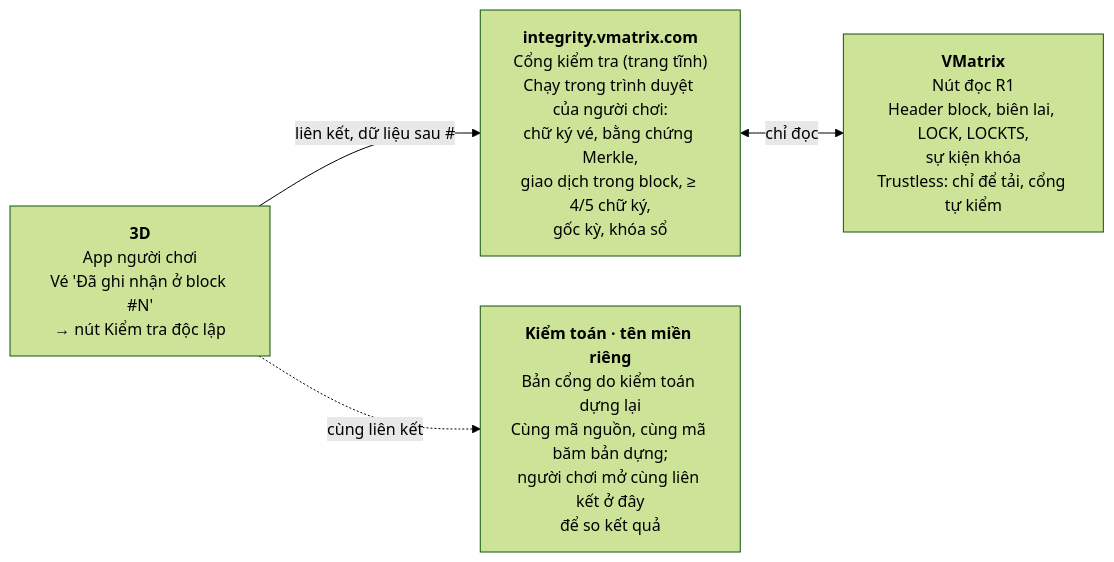
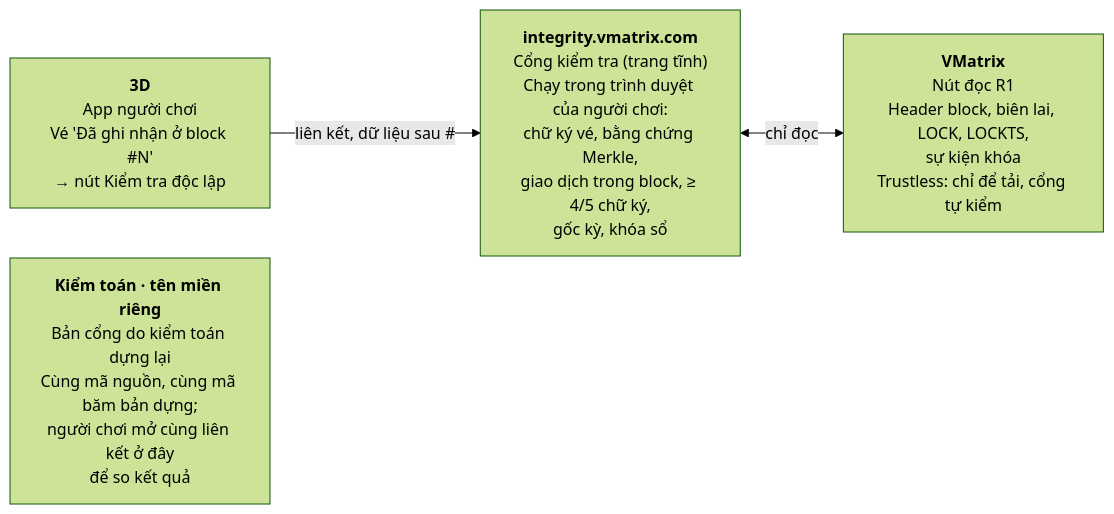
Before and after one commit to OneMatrixL1/tracing-public-docs: the first of 3 diagrams in integration/portal.md, drawn with Mermaid (forest theme).

Commit message:
update mermaid

````diff
--- a/integration/portal.md
+++ b/integration/portal.md
@@ -14,10 +14,9 @@
 ```mermaid
 flowchart LR
     A["<b>3D</b><br/>App người chơi<br/>Vé 'Đã ghi nhận ở block #N'<br/>→ nút Kiểm tra độc lập"]
     B["<b>integrity.vmatrix.com</b><br/>Cổng kiểm tra (trang tĩnh)<br/>Chạy trong trình duyệt của người chơi:<br/>chữ ký vé, bằng chứng Merkle,<br/>giao dịch trong block, ≥ 4/5 chữ ký,<br/>gốc kỳ, khóa sổ"]
     C["<b>VMatrix</b><br/>Nút đọc R1<br/>Header block, biên lai, LOCK, LOCKTS,<br/>sự kiện khóa<br/>Trustless: chỉ để tải, cổng tự kiểm"]
     D["<b>Kiểm toán · tên miền riêng</b><br/>Bản cổng do kiểm toán dựng lại<br/>Cùng mã nguồn, cùng mã băm bản dựng;<br/>người chơi mở cùng liên kết ở đây<br/>để so kết quả"]
     A -- "liên kết, dữ liệu sau #" --> B
     B <-- "chỉ đọc" --> C
-    A -. "cùng liên kết" .-> D
 ```
````
